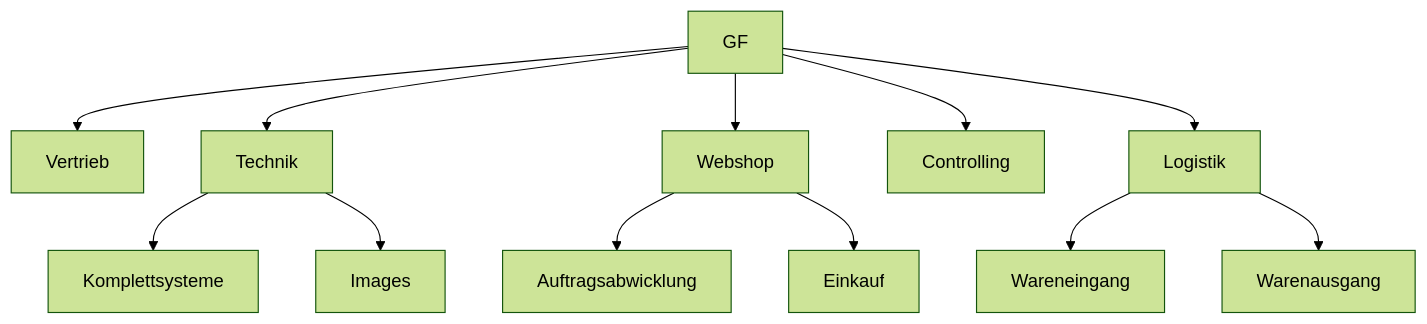
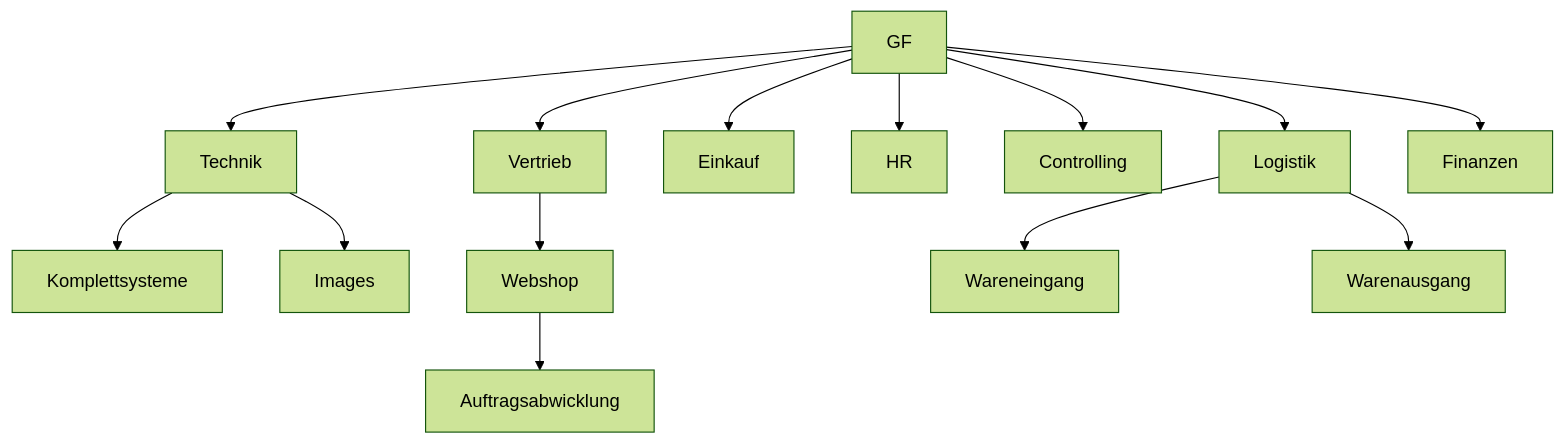
Before and after one commit to JohnKischel/operative-professional: the diagram in Outline.md, drawn with Mermaid (forest theme). The commit also changed other lines of this file and 2 other files, not shown here.

````diff
--- a/Outline.md
+++ b/Outline.md
@@ -115,14 +36,16 @@
 ```mermaid
-flowchart TD
-GF --> Vertrieb
-GF --> Technik
-Technik --> Komplettsysteme
-Technik --> Images
-GF --> Webshop --> Auftragsabwicklung
-Webshop --> Einkauf
-GF --> Controlling
-GF --> Logistik
-Logistik --> Wareneingang
-Logistik --> Warenausgang
+flowchart TD;
+GF --> Vertrieb;
+GF --> Technik;
+Technik --> Komplettsysteme;
+Technik --> Images;
+Vertrieb --> Webshop --> Auftragsabwicklung;
+GF --> Einkauf;
+GF --> HR;
+GF --> Controlling;
+GF --> Logistik;
+Logistik --> Wareneingang;
+Logistik --> Warenausgang;
+GF --> Finanzen;
 
 ```
````
